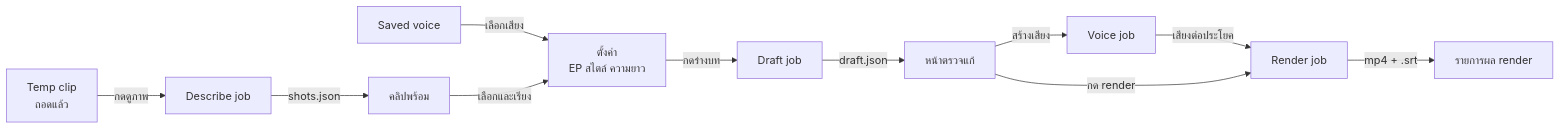
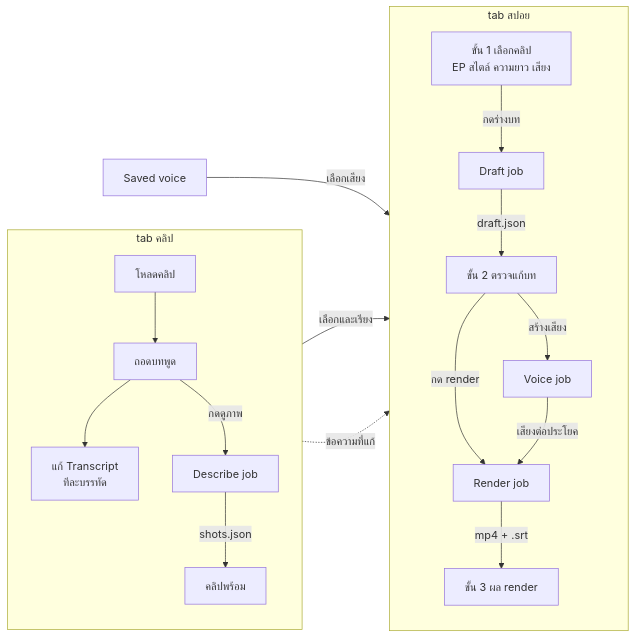
Before and after one commit to mousemouse094526/framecraft: the first of 5 diagrams in docs/features/spoil-maker/flow.md, drawn with Mermaid. The commit also changed other lines of this file and 16 other files, not shown here.

First line of the commit message:
docs(spoil-maker): 3 tabs and editable transcript, D53-D54

````diff
--- a/docs/features/spoil-maker/flow.md
+++ b/docs/features/spoil-maker/flow.md
@@ -14,13 +14,22 @@
 ```mermaid
 flowchart LR
-    clip["Temp clip<br/>ถอดแล้ว"] -->|กดดูภาพ| describe["Describe job"]
-    describe -->|shots.json| ready["คลิปพร้อม"]
-    voice["Saved voice"] -->|เลือกเสียง| setup["ตั้งค่า<br/>EP สไตล์ ความยาว"]
+    subgraph clips["tab คลิป"]
+        direction TB
+        dl["โหลดคลิป"] --> tr["ถอดบทพูด"]
+        tr --> edit["แก้ Transcript<br/>ทีละบรรทัด"]
+        tr -->|กดดูภาพ| describe["Describe job"]
+        describe -->|shots.json| ready["คลิปพร้อม"]
+    end
+    subgraph spoil["tab สปอย"]
+        direction TB
+        setup["ขั้น 1 เลือกคลิป<br/>EP สไตล์ ความยาว เสียง"] -->|กดร่างบท| draftjob["Draft job"]
+        draftjob -->|draft.json| review["ขั้น 2 ตรวจแก้บท"]
+        review -->|สร้างเสียง| voicejob["Voice job"]
+        review -->|กด render| render["Render job"]
+        voicejob -->|เสียงต่อประโยค| render
+        render -->|mp4 + .srt| renders["ขั้น 3 ผล render"]
+    end
     ready -->|เลือกและเรียง| setup
-    setup -->|กดร่างบท| draftjob["Draft job"]
-    draftjob -->|draft.json| review["หน้าตรวจแก้"]
-    review -->|สร้างเสียง| voicejob["Voice job"]
-    voicejob -->|เสียงต่อประโยค| render["Render job"]
-    review -->|กด render| render
-    render -->|mp4 + .srt| renders["รายการผล render"]
+    edit -.->|ข้อความที่แก้| setup
+    voice["Saved voice"] -->|เลือกเสียง| setup
 ```
````
